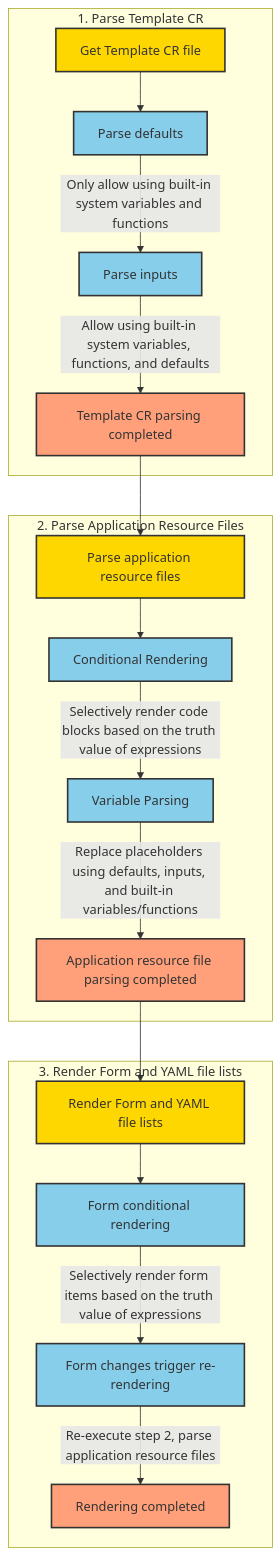
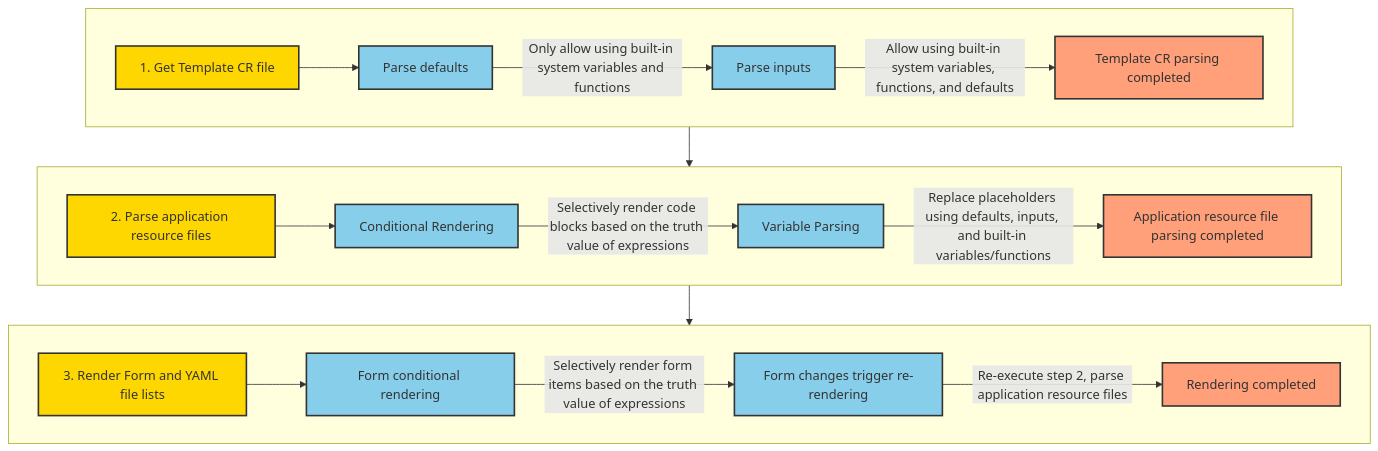
The diagram in example.md (labring-actions/templates), drawn with Mermaid before and after one commit. The commit also changed 1 other file, not shown here.

Commit message:
fix: update example

````diff
--- a/example.md
+++ b/example.md
@@ -1173,34 +1173,34 @@
 ```mermaid
 graph TD
     style A fill:#FFD700,stroke:#333,stroke-width:2px
     style B fill:#87CEEB,stroke:#333,stroke-width:2px
     style C fill:#87CEEB,stroke:#333,stroke-width:2px
     style D fill:#FFA07A,stroke:#333,stroke-width:2px
     style E fill:#FFD700,stroke:#333,stroke-width:2px
     style F fill:#87CEEB,stroke:#333,stroke-width:2px
     style G fill:#87CEEB,stroke:#333,stroke-width:2px
     style H fill:#FFA07A,stroke:#333,stroke-width:2px
     style I fill:#FFD700,stroke:#333,stroke-width:2px
     style J fill:#87CEEB,stroke:#333,stroke-width:2px
     style K fill:#87CEEB,stroke:#333,stroke-width:2px
     style L fill:#FFA07A,stroke:#333,stroke-width:2px
 
-    subgraph "1. Parse Template CR"
-        A[Get Template CR file] --> B[Parse defaults]
+    subgraph sub1[ ]
+        A[1. Get Template CR file] --> B[Parse defaults]
         B -- Only allow using built-in system variables and functions --> C[Parse inputs]
         C -- Allow using built-in system variables, functions, and defaults --> D[Template CR parsing completed]
     end
-    D --> E[Parse application resource files]
-    subgraph "2. Parse Application Resource Files"
-        E --> F[Conditional Rendering]
+    subgraph sub2[ ]
+        E[2. Parse application resource files] --> F[Conditional Rendering]
         F -- Selectively render code blocks based on the truth value of expressions --> G[Variable Parsing]
         G -- Replace placeholders using defaults, inputs, and built-in variables/functions --> H[Application resource file parsing completed]
     end
-    H --> I[Render Form and YAML file lists]
-    subgraph "3. Render Form and YAML file lists"
-        I --> J[Form conditional rendering]
+    subgraph sub3[ ]
+        I[3. Render Form and YAML file lists] --> J[Form conditional rendering]
         J -- Selectively render form items based on the truth value of expressions --> K[Form changes trigger re-rendering]
         K -- Re-execute step 2, parse application resource files --> L[Rendering completed]
     end
-
+    
+    sub1 --> sub2
+    sub2 --> sub3
 ```
````
